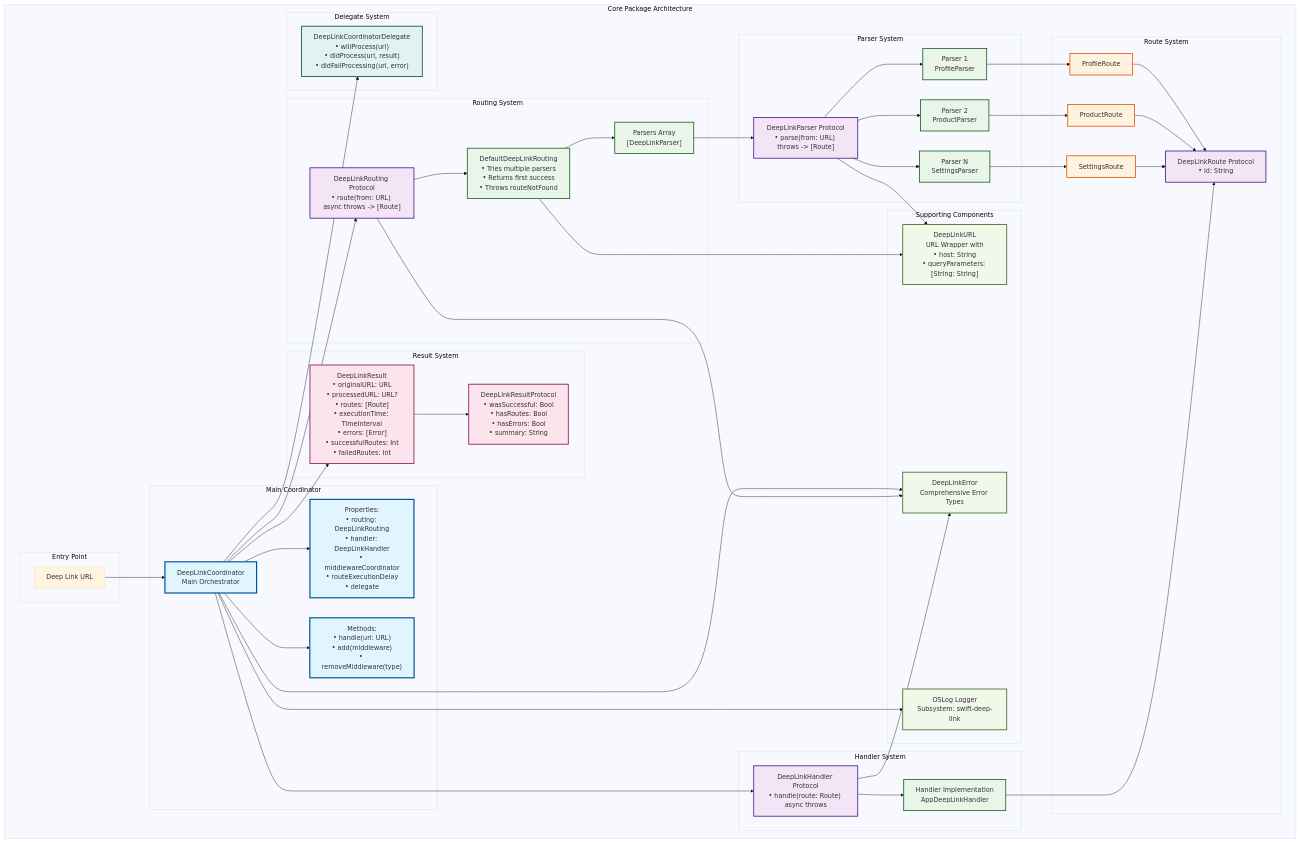
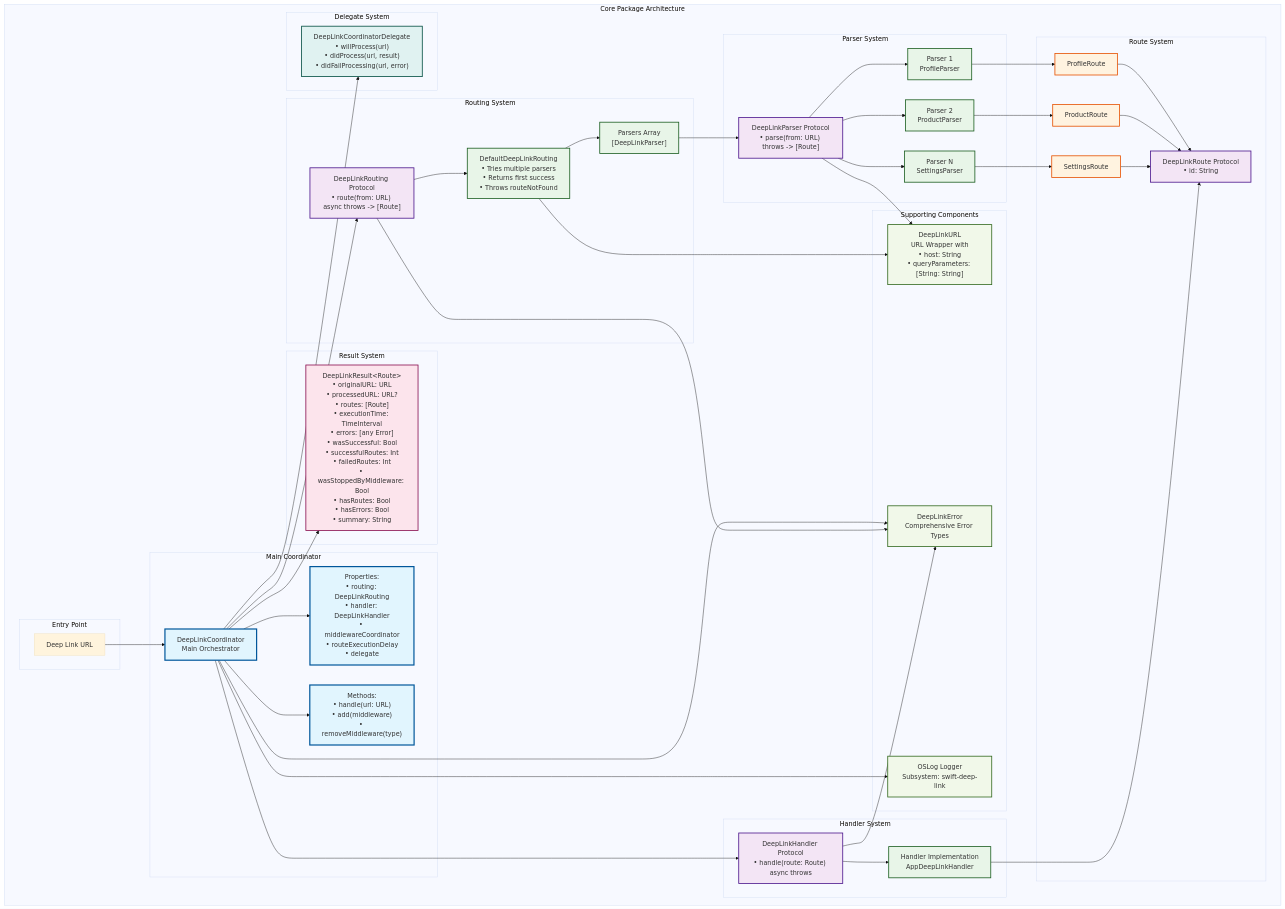
One commit to AlfredoHernandez/swift-deep-links changed the diagram in docs/core-architecture-diagram.md. Above: the diagram before and after it, drawn with Mermaid (base theme). The commit also changed other lines of this file and 283 other files, not shown here.

````diff
--- a/docs/core-architecture-diagram.md
+++ b/docs/core-architecture-diagram.md
@@ -43,8 +43,7 @@
         end
         
         subgraph "Result System"
-            Result["DeepLinkResult<br/>• originalURL: URL<br/>• processedURL: URL?<br/>• routes: [Route]<br/>• executionTime: TimeInterval<br/>• errors: [Error]<br/>• successfulRoutes: Int<br/>• failedRoutes: Int"]
-            ResultProtocol["DeepLinkResultProtocol<br/>• wasSuccessful: Bool<br/>• hasRoutes: Bool<br/>• hasErrors: Bool<br/>• summary: String"]
+            Result["DeepLinkResult&lt;Route&gt;<br/>• originalURL: URL<br/>• processedURL: URL?<br/>• routes: [Route]<br/>• executionTime: TimeInterval<br/>• errors: [any Error]<br/>• wasSuccessful: Bool<br/>• successfulRoutes: Int<br/>• failedRoutes: Int<br/>• wasStoppedByMiddleware: Bool<br/>• hasRoutes: Bool<br/>• hasErrors: Bool<br/>• summary: String"]
         end
         
         subgraph "Supporting Components"
@@ -94,7 +93,6 @@
     
     %% Result system
     Coordinator --> Result
-    Result --> ResultProtocol
     
     %% Supporting components
     ParserProtocol --> DeepLinkURL
@@ -114,10 +112,10 @@
     classDef delegate fill:#e0f2f1,stroke:#004d40,stroke-width:2px
     
     class Coordinator,CoordinatorProps,CoordinatorMethods coordinator
-    class RoutingProtocol,ParserProtocol,HandlerProtocol,RouteProtocol,ResultProtocol,CoordinatorDelegate protocol
+    class RoutingProtocol,ParserProtocol,HandlerProtocol,RouteProtocol,CoordinatorDelegate protocol
     class DefaultRouting,Parsers,Parser1,Parser2,Parser3,HandlerImpl implementation
     class Route1,Route2,Route3 route
-    class Result,ResultProtocol result
+    class Result result
     class DeepLinkURL,DeepLinkError,Logger support
     class CoordinatorDelegate delegate
 ```
````
